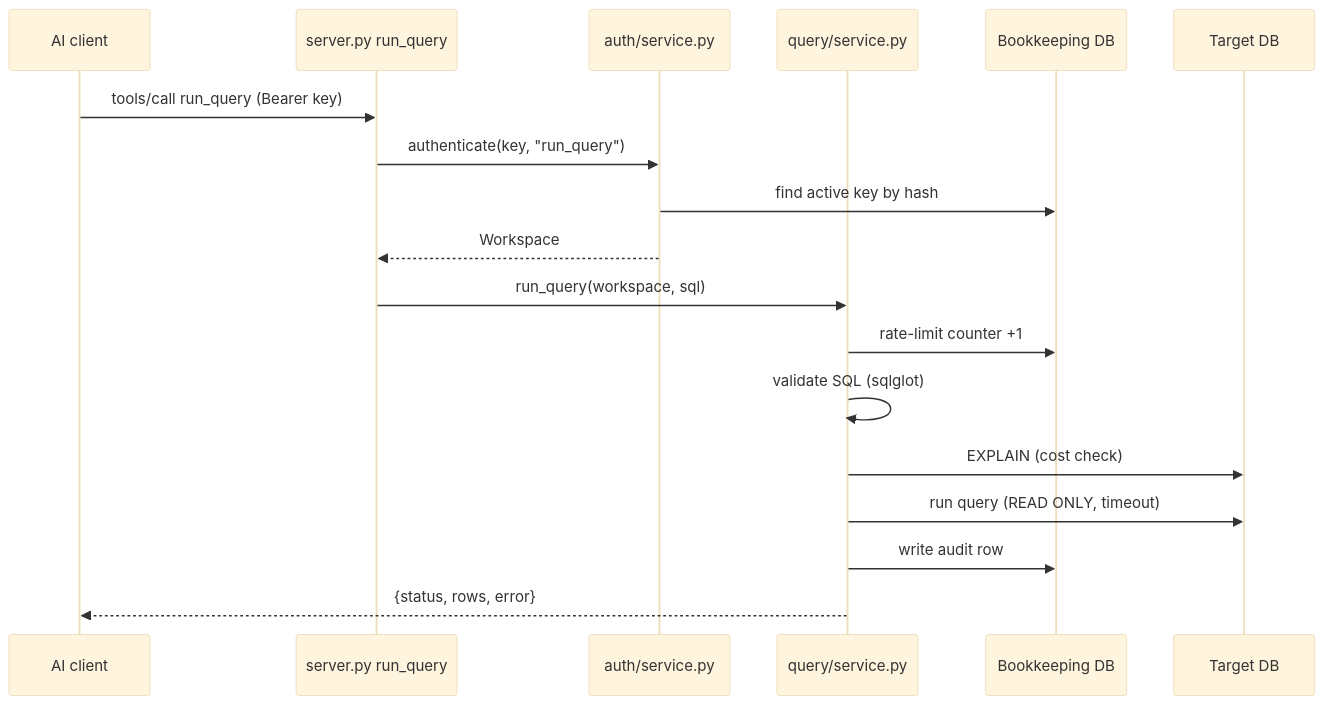
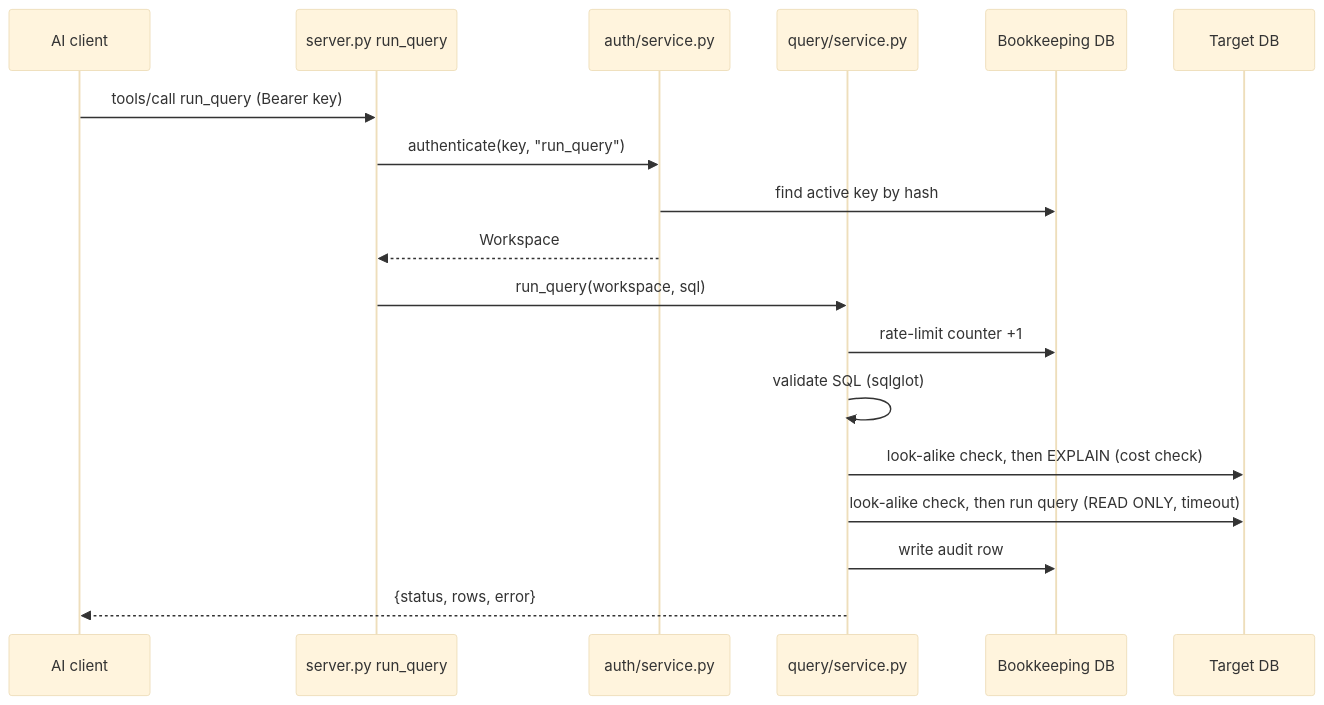
The diagram in docs/guide.md (NabilRobert/MCP-backbone), drawn with Mermaid (base theme) before and after one commit. The commit also changed other lines of this file and 6 other files, not shown here.

First line of the commit message:
fix(query): refuse a query whose function has a look-alike

````diff
--- a/docs/guide.md
+++ b/docs/guide.md
@@ -22,20 +22,20 @@
 ```mermaid
 sequenceDiagram
     participant C as AI client
     participant S as server.py run_query
     participant A as auth/service.py
     participant Q as query/service.py
     participant B as Bookkeeping DB
     participant T as Target DB
     C->>S: tools/call run_query (Bearer key)
     S->>A: authenticate(key, "run_query")
     A->>B: find active key by hash
     A-->>S: Workspace
     S->>Q: run_query(workspace, sql)
     Q->>B: rate-limit counter +1
     Q->>Q: validate SQL (sqlglot)
-    Q->>T: EXPLAIN (cost check)
-    Q->>T: run query (READ ONLY, timeout)
+    Q->>T: look-alike check, then EXPLAIN (cost check)
+    Q->>T: look-alike check, then run query (READ ONLY, timeout)
     Q->>B: write audit row
     Q-->>C: {status, rows, error}
 ```
````
